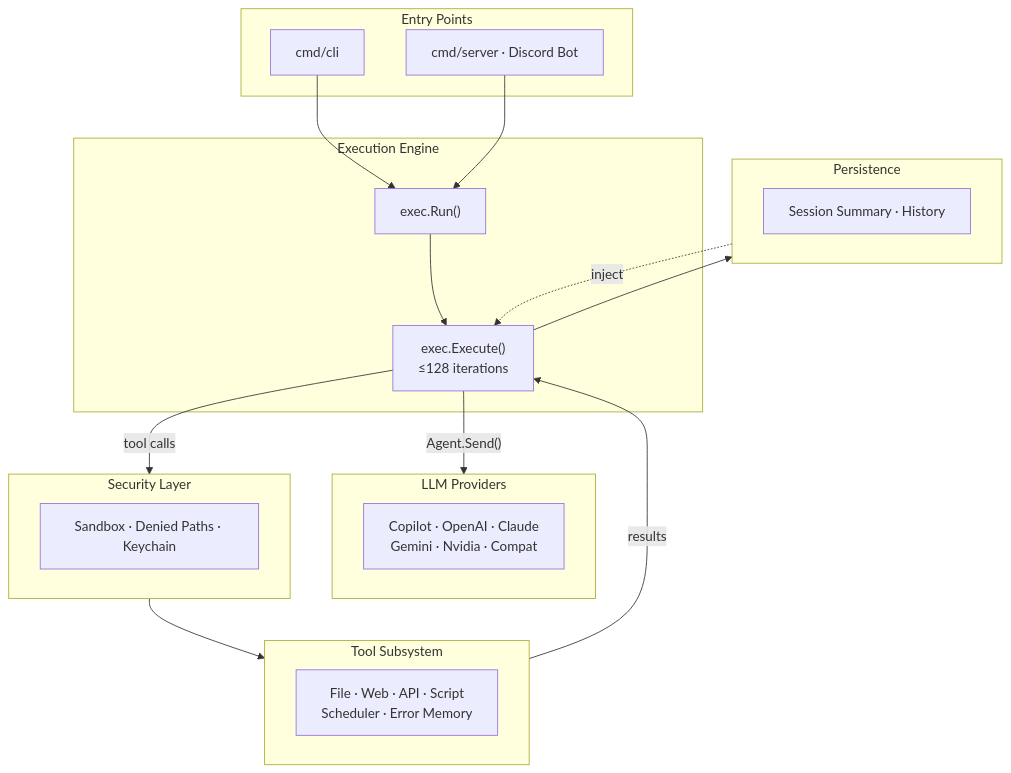
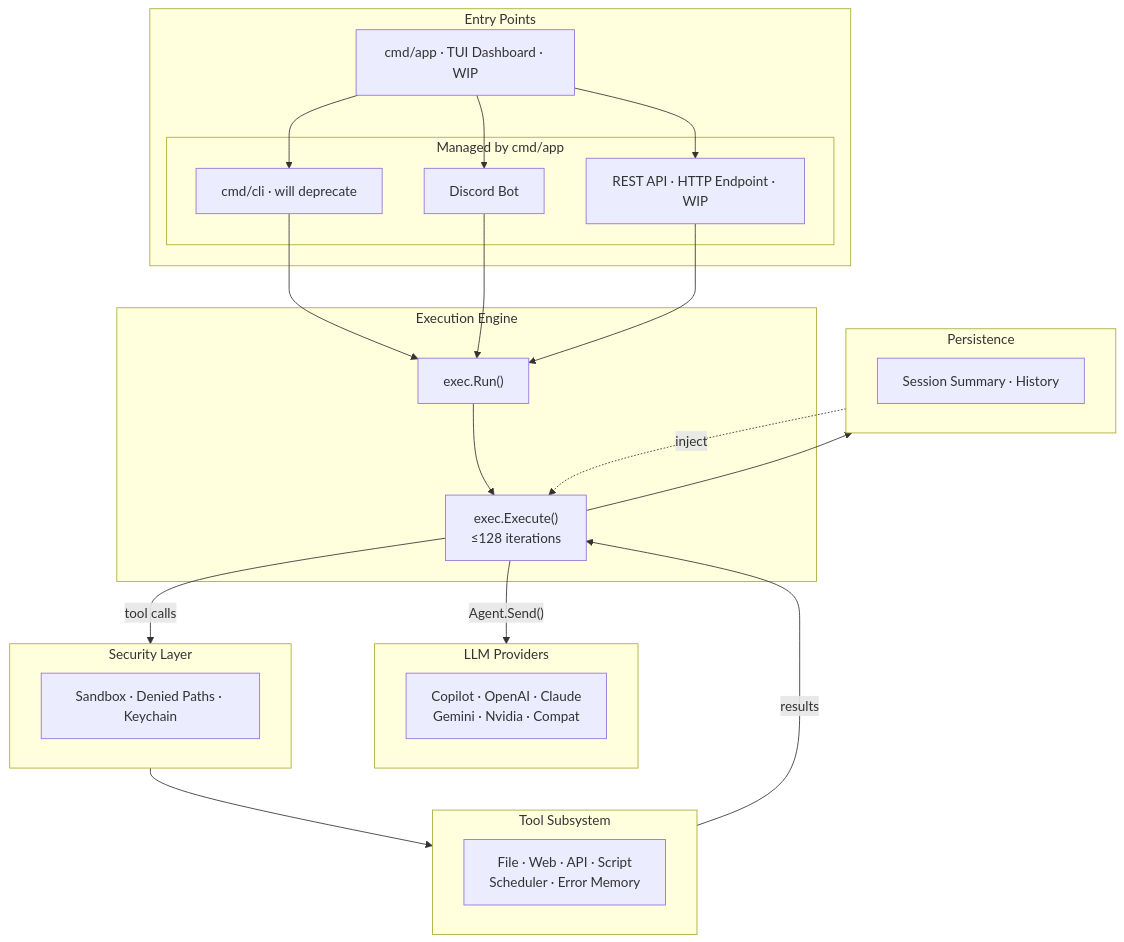
Before and after one commit to pardnchiu/Agenvoy: the first of 6 diagrams in doc/architecture.md, drawn with Mermaid. The commit also changed 5 other files, not shown here.

Commit message:
feat: Integrate Discord bot and REST API into cmd/app and session format renderers

````diff
--- a/doc/architecture.md
+++ b/doc/architecture.md
@@ -9,38 +9,46 @@
 ```mermaid
 graph TB
     subgraph Entry ["Entry Points"]
-        CLI["cmd/cli"]
-        Discord["cmd/server · Discord Bot"]
+        App["cmd/app · TUI Dashboard · WIP"]
+        subgraph Managed ["Managed by cmd/app"]
+            CLI["cmd/cli · will deprecate"]
+            Discord["Discord Bot"]
+            API["REST API · HTTP Endpoint · WIP"]
+        end
     end
 
     subgraph Engine ["Execution Engine"]
         Run["exec.Run()"]
         Execute["exec.Execute()\n≤128 iterations"]
     end
 
     subgraph Providers ["LLM Providers"]
         P["Copilot · OpenAI · Claude\nGemini · Nvidia · Compat"]
     end
 
     subgraph Security ["Security Layer"]
         S["Sandbox · Denied Paths · Keychain"]
     end
 
     subgraph Tools ["Tool Subsystem"]
         T["File · Web · API · Script\nScheduler · Error Memory"]
     end
 
     subgraph Persistence ["Persistence"]
         PS["Session Summary · History"]
     end
 
+    App --> CLI
+    App --> Discord
+    App --> API
     CLI --> Run
     Discord --> Run
+    API --> Run
     Run --> Execute
     Execute -->|"Agent.Send()"| Providers
     Execute -->|"tool calls"| Security
     Security --> Tools
     Tools -->|"results"| Execute
     Execute --> Persistence
     Persistence -.->|"inject"| Execute
 ```
````
